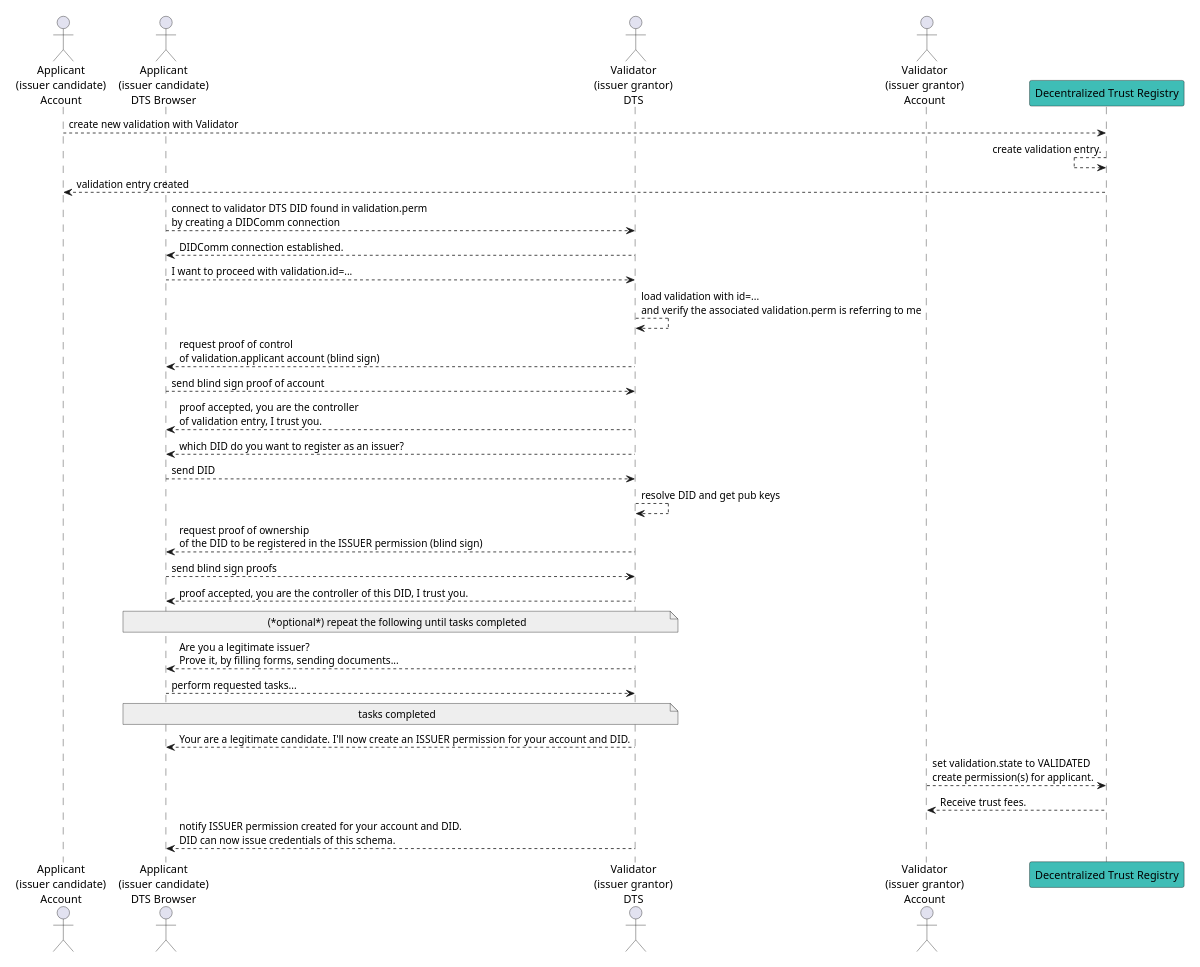
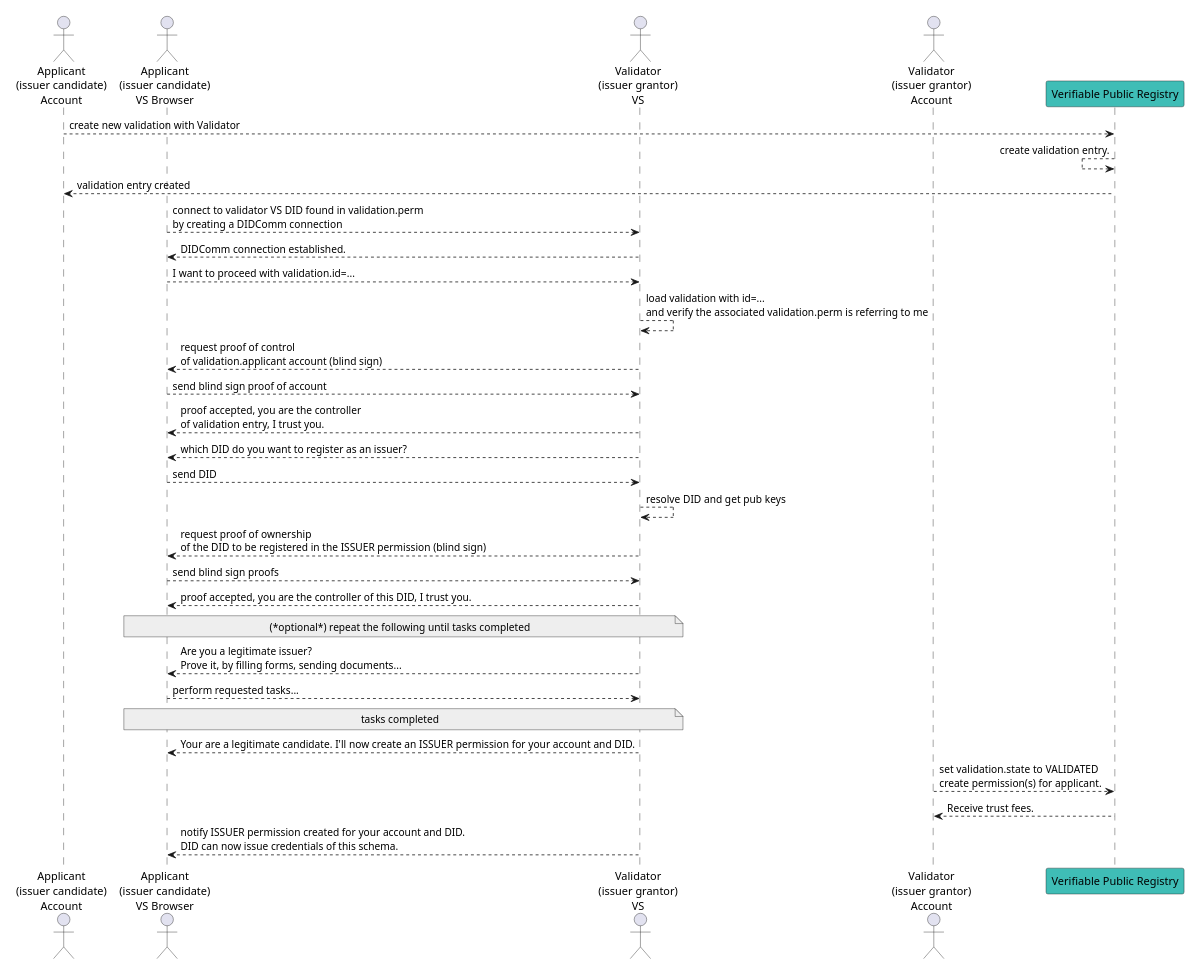
Before and after one commit to verana-labs/verifiable-trust-vpr-spec: the second of 12 diagrams in spec.md, drawn with PlantUML. The commit also changed other lines of this file and 1 other file, not shown here.

````diff
--- a/spec.md
+++ b/spec.md
@@ -327,35 +327,35 @@
 ```plantuml
 scale max 800 width
 actor "Applicant\n(issuer candidate)\nAccount" as ApplicantAccount 
-actor "Applicant\n(issuer candidate)\nDTS Browser" as ApplicantBrowser 
+actor "Applicant\n(issuer candidate)\nVS Browser" as ApplicantBrowser 
 
-actor "Validator\n(issuer grantor)\nDTS" as ValidatorDTS
+actor "Validator\n(issuer grantor)\nVS" as ValidatorVS
 actor "Validator\n(issuer grantor)\nAccount" as ValidatorAccount
 
-participant "Decentralized Trust Registry" as DTR #3fbdb6
+participant "Verifiable Public Registry" as VPR #3fbdb6
 
-ApplicantAccount --> DTR: create new validation with Validator 
-DTR <-- DTR: create validation entry.
-ApplicantAccount <-- DTR: validation entry created
-ApplicantBrowser --> ValidatorDTS: connect to validator DTS DID found in validation.perm\nby creating a DIDComm connection
-ApplicantBrowser <-- ValidatorDTS: DIDComm connection established.
-ApplicantBrowser --> ValidatorDTS: I want to proceed with validation.id=...
-ValidatorDTS --> ValidatorDTS: load validation with id=...\nand verify the associated validation.perm is referring to me
-ApplicantBrowser <-- ValidatorDTS: request proof of control\nof validation.applicant account (blind sign)
-ApplicantBrowser --> ValidatorDTS: send blind sign proof of account
-ApplicantBrowser <-- ValidatorDTS: proof accepted, you are the controller\nof validation entry, I trust you.
-ApplicantBrowser <-- ValidatorDTS: which DID do you want to register as an issuer?
-ApplicantBrowser --> ValidatorDTS: send DID
-ValidatorDTS --> ValidatorDTS: resolve DID and get pub keys
-ApplicantBrowser <-- ValidatorDTS: request proof of ownership\nof the DID to be registered in the ISSUER permission (blind sign)
-ApplicantBrowser --> ValidatorDTS: send blind sign proofs
-ApplicantBrowser <-- ValidatorDTS: proof accepted, you are the controller of this DID, I trust you.
-note over ApplicantBrowser, ValidatorDTS #EEEEEE: (*optional*) repeat the following until tasks completed
-ApplicantBrowser <-- ValidatorDTS: Are you a legitimate issuer?\nProve it, by filling forms, sending documents...
-ApplicantBrowser --> ValidatorDTS: perform requested tasks...
-note over ApplicantBrowser, ValidatorDTS #EEEEEE: tasks completed
-ApplicantBrowser <-- ValidatorDTS: Your are a legitimate candidate. I'll now create an ISSUER permission for your account and DID.
-ValidatorAccount --> DTR #3fbdb6: set validation.state to VALIDATED\ncreate permission(s) for applicant.
-DTR --> ValidatorAccount: Receive trust fees.
-ApplicantBrowser <-- ValidatorDTS: notify ISSUER permission created for your account and DID.\nDID can now issue credentials of this schema.
+ApplicantAccount --> VPR: create new validation with Validator 
+VPR <-- VPR: create validation entry.
+ApplicantAccount <-- VPR: validation entry created
+ApplicantBrowser --> ValidatorVS: connect to validator VS DID found in validation.perm\nby creating a DIDComm connection
+ApplicantBrowser <-- ValidatorVS: DIDComm connection established.
+ApplicantBrowser --> ValidatorVS: I want to proceed with validation.id=...
+ValidatorVS --> ValidatorVS: load validation with id=...\nand verify the associated validation.perm is referring to me
+ApplicantBrowser <-- ValidatorVS: request proof of control\nof validation.applicant account (blind sign)
+ApplicantBrowser --> ValidatorVS: send blind sign proof of account
+ApplicantBrowser <-- ValidatorVS: proof accepted, you are the controller\nof validation entry, I trust you.
+ApplicantBrowser <-- ValidatorVS: which DID do you want to register as an issuer?
+ApplicantBrowser --> ValidatorVS: send DID
+ValidatorVS --> ValidatorVS: resolve DID and get pub keys
+ApplicantBrowser <-- ValidatorVS: request proof of ownership\nof the DID to be registered in the ISSUER permission (blind sign)
+ApplicantBrowser --> ValidatorVS: send blind sign proofs
+ApplicantBrowser <-- ValidatorVS: proof accepted, you are the controller of this DID, I trust you.
+note over ApplicantBrowser, ValidatorVS #EEEEEE: (*optional*) repeat the following until tasks completed
+ApplicantBrowser <-- ValidatorVS: Are you a legitimate issuer?\nProve it, by filling forms, sending documents...
+ApplicantBrowser --> ValidatorVS: perform requested tasks...
+note over ApplicantBrowser, ValidatorVS #EEEEEE: tasks completed
+ApplicantBrowser <-- ValidatorVS: Your are a legitimate candidate. I'll now create an ISSUER permission for your account and DID.
+ValidatorAccount --> VPR #3fbdb6: set validation.state to VALIDATED\ncreate permission(s) for applicant.
+VPR --> ValidatorAccount: Receive trust fees.
+ApplicantBrowser <-- ValidatorVS: notify ISSUER permission created for your account and DID.\nDID can now issue credentials of this schema.
 ```
````
